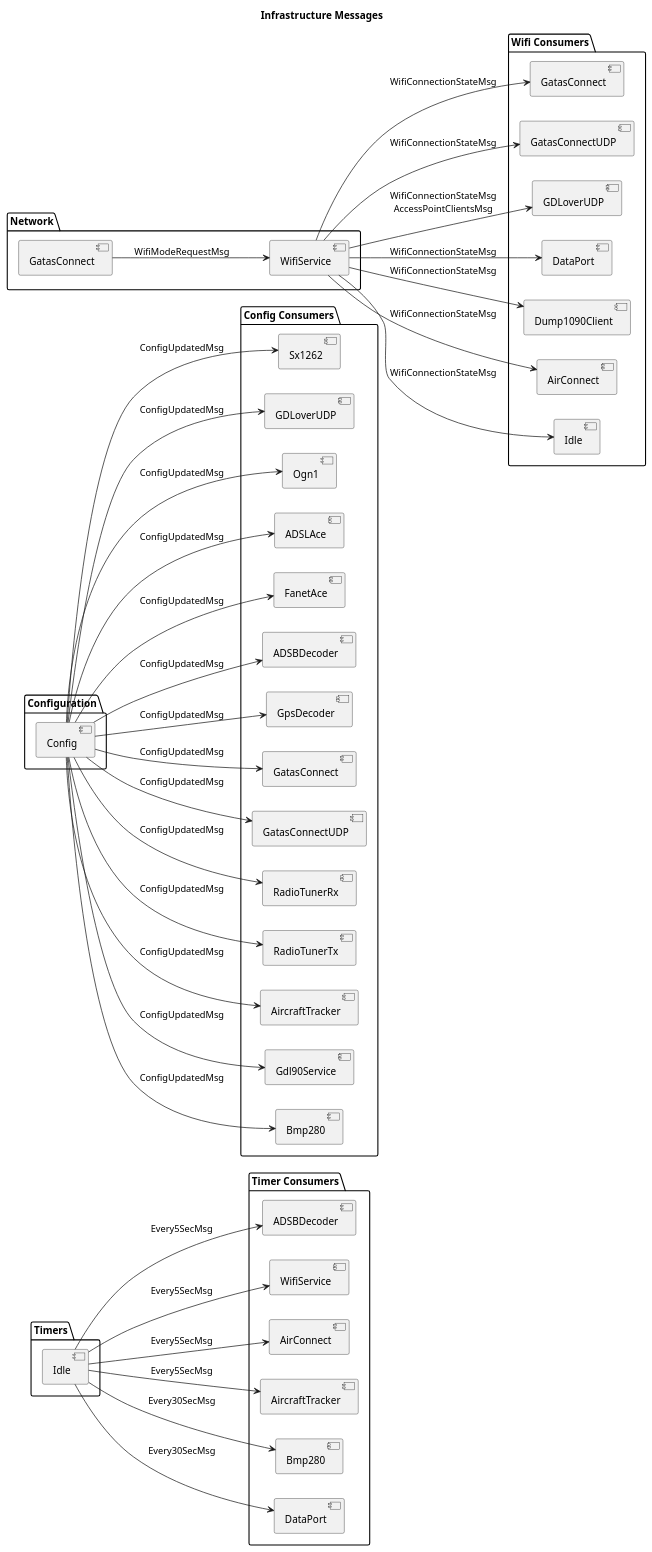
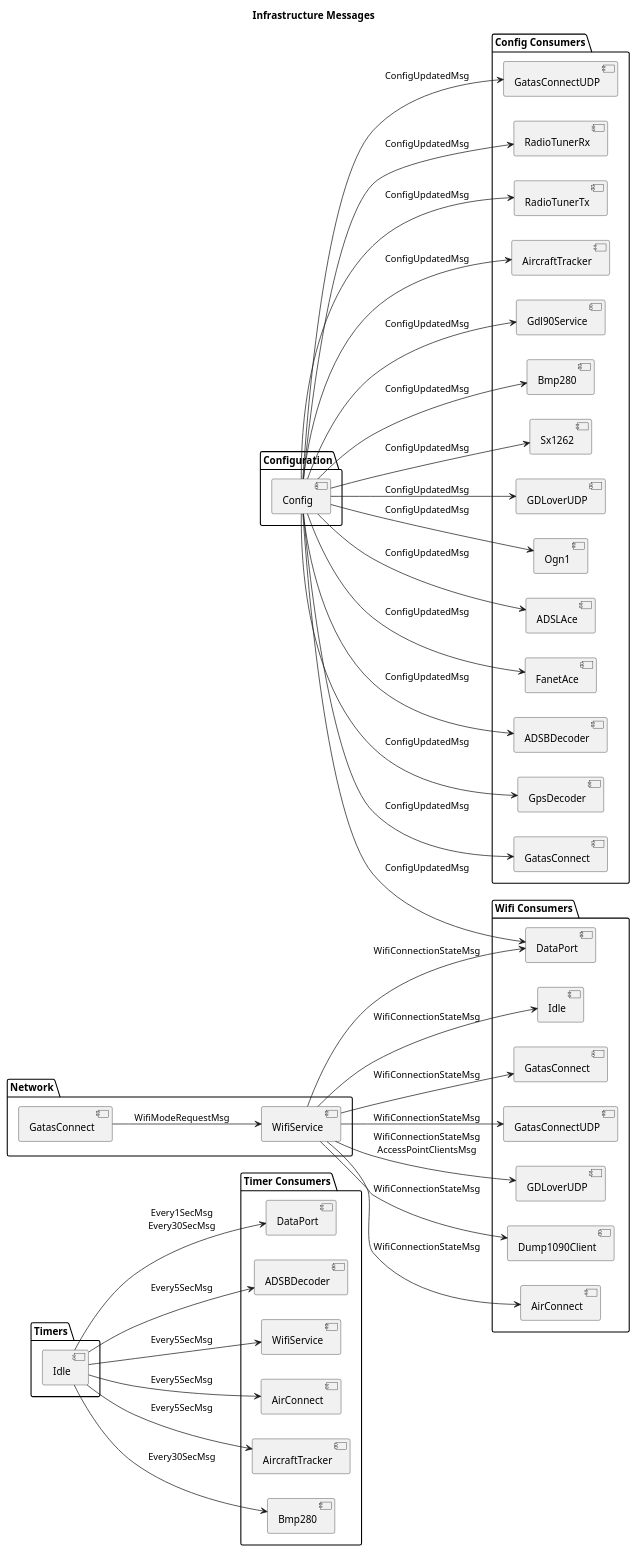
Before and after one commit to Duke306/openace: the seventh of 7 diagrams in doc/message-bus.md, drawn with PlantUML. The commit also changed other lines of this file and 9 other files, not shown here.

```diff
--- a/doc/message-bus.md
+++ b/doc/message-bus.md
@@ -400,8 +402,8 @@
 [Idle] --> [WS2] : Every5SecMsg
 [Idle] --> [AirConnect] : Every5SecMsg
 [Idle] --> [AircraftTracker] : Every5SecMsg
+[Idle] --> [DataPort] : Every1SecMsg\nEvery30SecMsg
 [Idle] --> [Bmp280] : Every30SecMsg
-[Idle] --> [DataPort] : Every30SecMsg
 
 [Config] --> [Sx1262] : ConfigUpdatedMsg
 [Config] --> [GDLoverUDP] : ConfigUpdatedMsg
@@ -417,6 +419,7 @@
 [Config] --> [AT2] : ConfigUpdatedMsg
 [Config] --> [Gdl90Service] : ConfigUpdatedMsg
 [Config] --> [BMP2] : ConfigUpdatedMsg
+[Config] --> [DP2] : ConfigUpdatedMsg
 
 [GC4] --> [WifiService] : WifiModeRequestMsg
 [WifiService] --> [GC3] : WifiConnectionStateMsg
```
